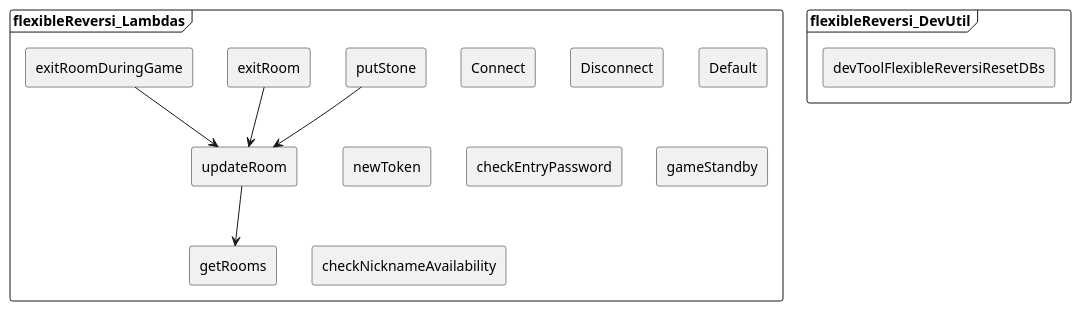
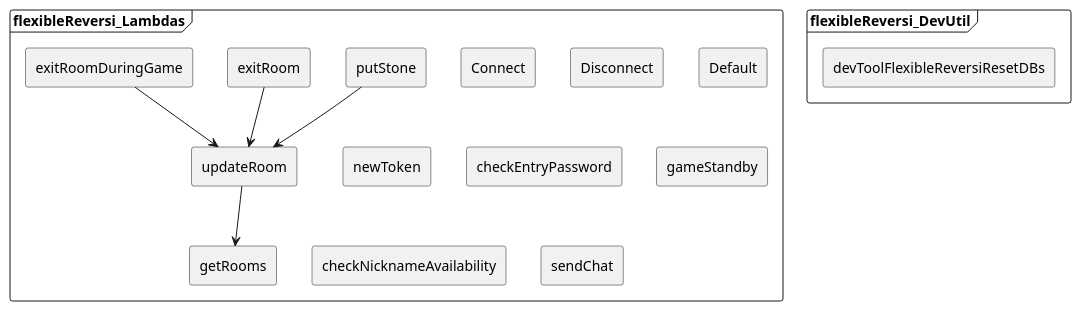
The diagram in docs/lambda_relations.puml (kusa-mochi/flexible-reversi), drawn with PlantUML before and after one commit.

Commit message:
update diagram.

```diff
--- a/docs/lambda_relations.puml
+++ b/docs/lambda_relations.puml
@@ -1,27 +1,28 @@
 @startuml lambda_relations
 
 frame flexibleReversi_Lambdas {
     agent Connect
     agent Disconnect
     agent Default
     agent newToken
     agent getRooms
     agent updateRoom
     agent checkEntryPassword
     agent gameStandby
     agent checkNicknameAvailability
     agent putStone
     agent exitRoom
     agent exitRoomDuringGame
+    agent sendChat
 
     updateRoom --> getRooms
     putStone --> updateRoom
     exitRoom --> updateRoom
     exitRoomDuringGame --> updateRoom
 }
 
 frame flexibleReversi_DevUtil {
     agent devToolFlexibleReversiResetDBs
 }
 
 @enduml
```
